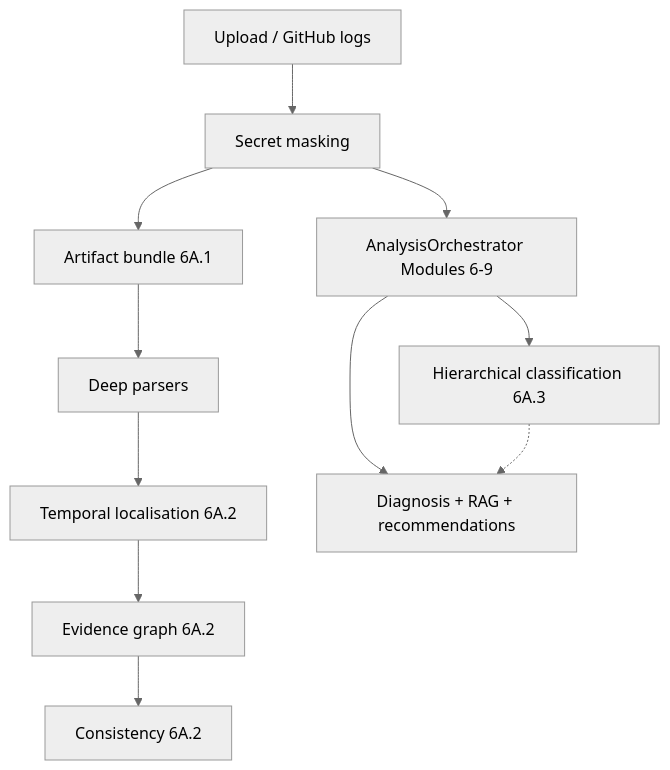
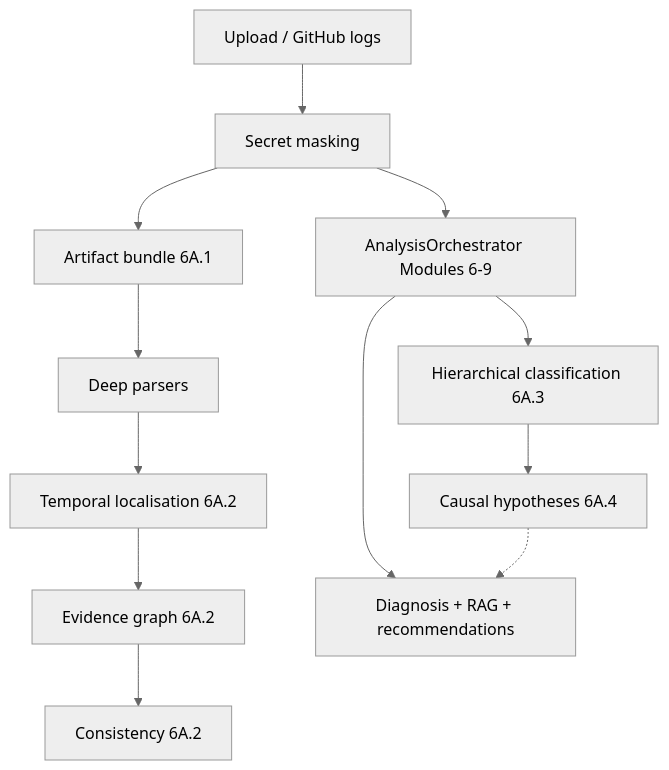
The diagram in docs/PHASE6A_CAUSAL_AI_PIPELINE.md (chanukaabeysinghe1031/devguard_ai), drawn with Mermaid (neutral theme) before and after one commit. The commit also changed other lines of this file and 7 other files, not shown here.

````diff
--- a/docs/PHASE6A_CAUSAL_AI_PIPELINE.md
+++ b/docs/PHASE6A_CAUSAL_AI_PIPELINE.md
@@ -17,13 +18,14 @@
 ```mermaid
 flowchart TB
   U[Upload / GitHub logs] --> M[Secret masking]
   M --> O[AnalysisOrchestrator Modules 6-9]
   M --> B[Artifact bundle 6A.1]
   B --> P[Deep parsers]
   P --> T[Temporal localisation 6A.2]
   T --> G[Evidence graph 6A.2]
   G --> C[Consistency 6A.2]
   O --> H[Hierarchical classification 6A.3]
+  H --> Y[Causal hypotheses 6A.4]
   O --> D[Diagnosis + RAG + recommendations]
-  H -.-> D
+  Y -.-> D
 ```
````
